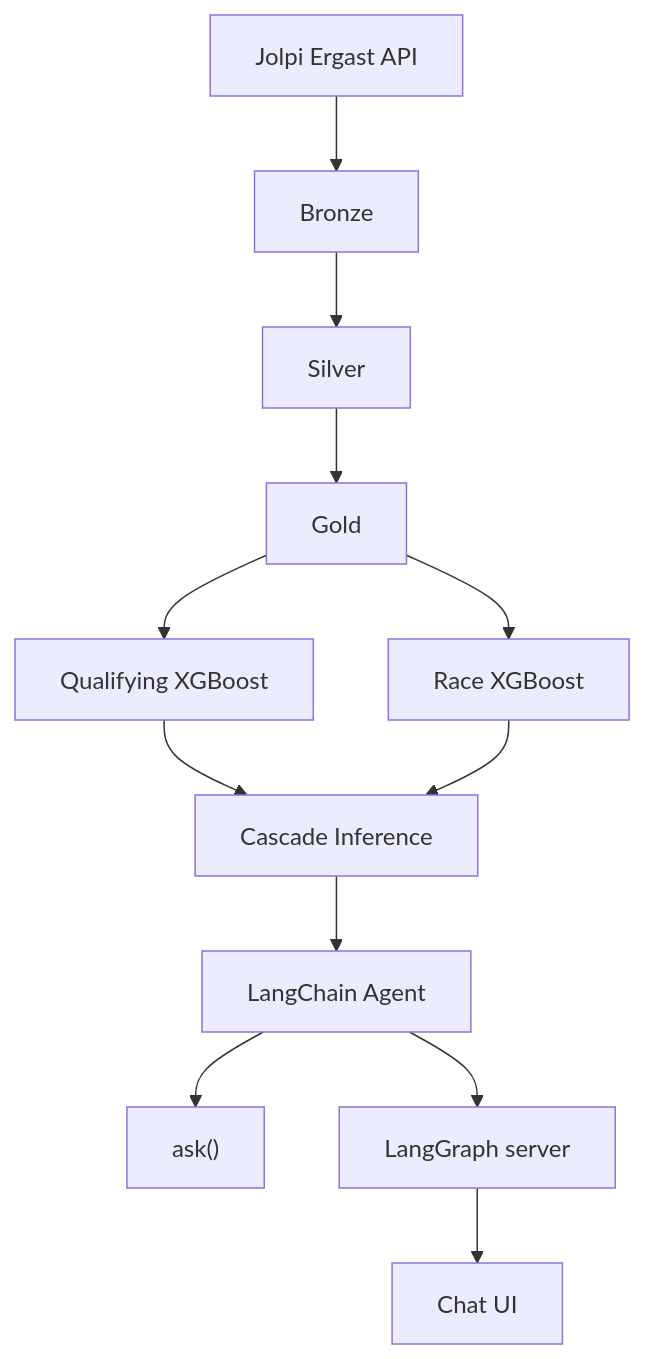
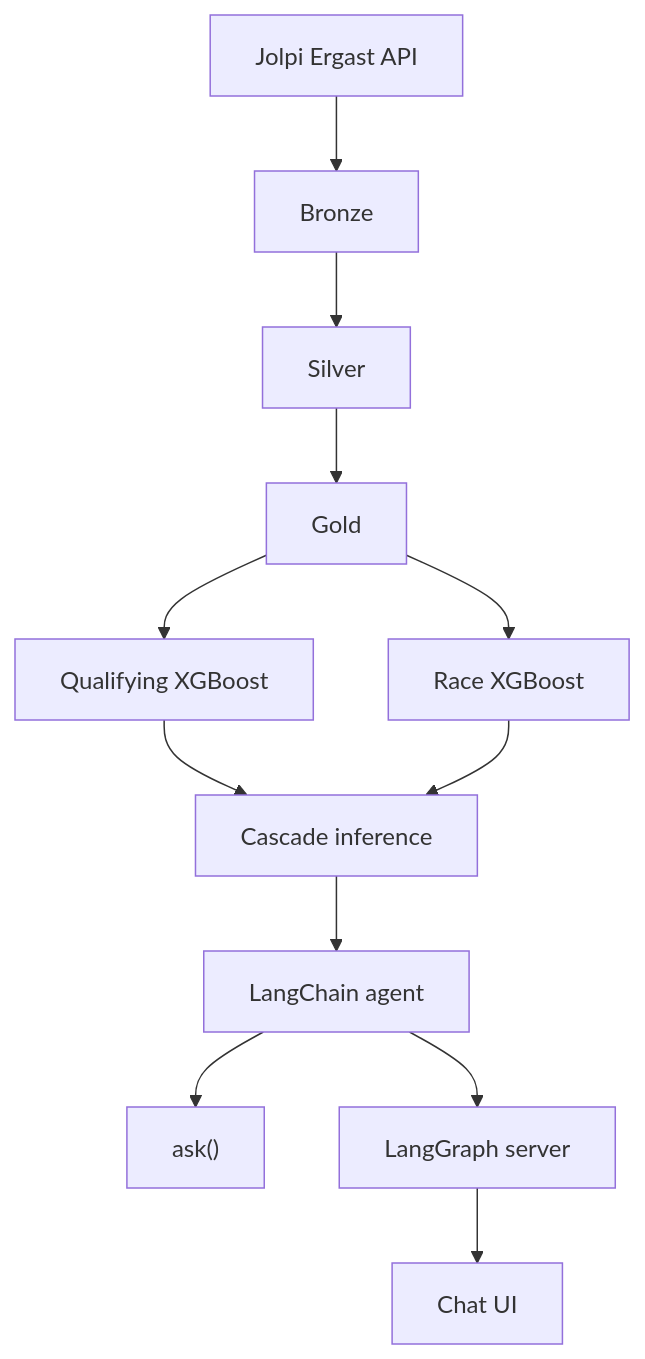
Before and after one commit to filippo99barto/f1-predictor: the diagram in README.md, drawn with Mermaid. The commit also changed other lines of this file and 11 other files, not shown here.

````diff
--- a/README.md
+++ b/README.md
@@ -9,14 +21,14 @@
 ```mermaid
 flowchart TB
     API[Jolpi Ergast API] --> Bronze
     Bronze --> Silver
     Silver --> Gold
     Gold --> QualiModel[Qualifying XGBoost]
     Gold --> RaceModel[Race XGBoost]
-    QualiModel --> Cascade[Cascade Inference]
+    QualiModel --> Cascade[Cascade inference]
     RaceModel --> Cascade
-    Cascade --> Agent[LangChain Agent]
+    Cascade --> Agent[LangChain agent]
     Agent --> Ask["ask()"]
     Agent --> Server[LangGraph server]
     Server --> UI[Chat UI]
 ```
````
